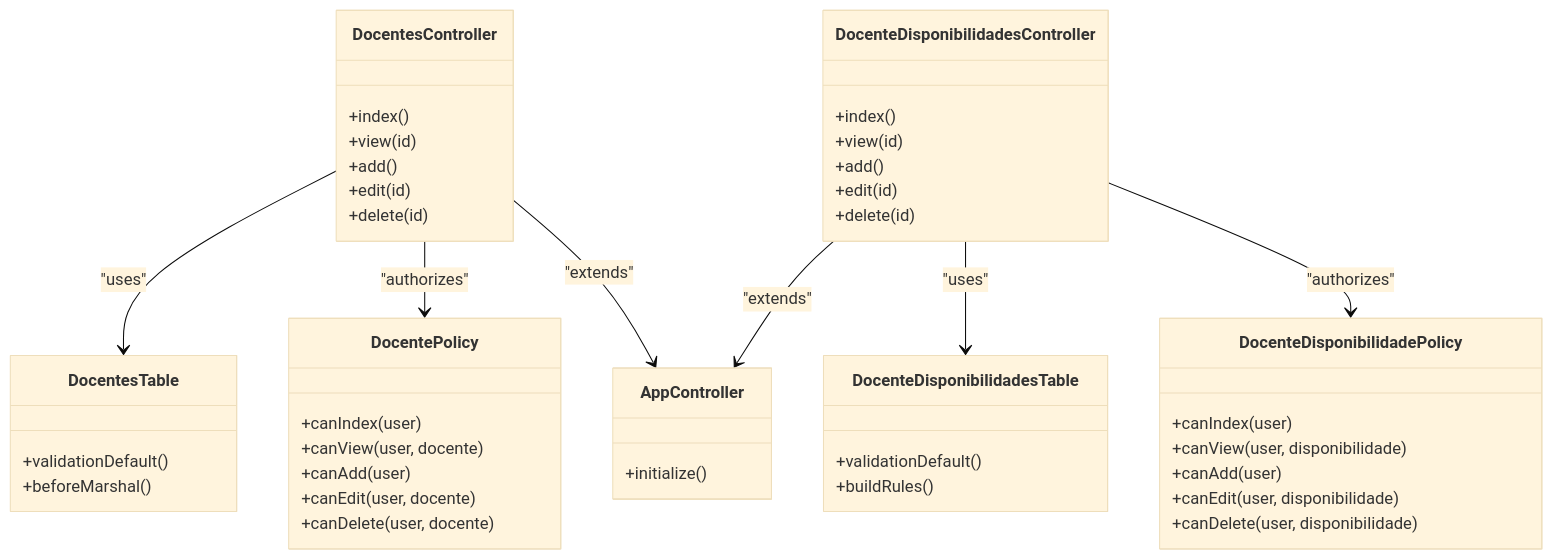
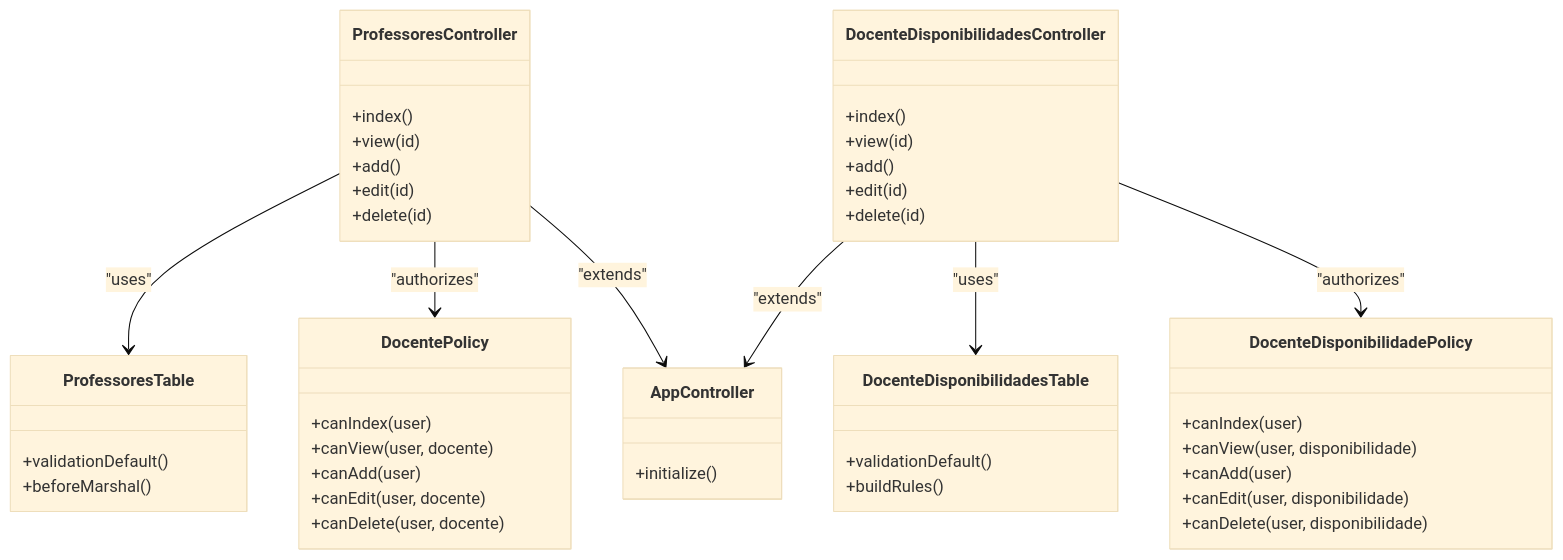
The fifth of 5 diagrams in .qoder/repowiki/en/content/API Reference/Faculty Management API.md (luiseduacosta/planejamento5), drawn with Mermaid (base theme) before and after one commit. The commit also changed other lines of this file and 37 other files, not shown here.

Commit message:
repowiki: rename Docentes → Professores in metadata

````diff
--- a/.qoder/repowiki/en/content/API Reference/Faculty Management API.md
+++ b/.qoder/repowiki/en/content/API Reference/Faculty Management API.md
@@ -392,48 +392,48 @@
 ```mermaid
 classDiagram
-class DocentesController {
+class ProfessoresController {
 +index()
 +view(id)
 +add()
 +edit(id)
 +delete(id)
 }
 class DocenteDisponibilidadesController {
 +index()
 +view(id)
 +add()
 +edit(id)
 +delete(id)
 }
-class DocentesTable {
+class ProfessoresTable {
 +validationDefault()
 +beforeMarshal()
 }
 class DocenteDisponibilidadesTable {
 +validationDefault()
 +buildRules()
 }
 class DocentePolicy {
 +canIndex(user)
 +canView(user, docente)
 +canAdd(user)
 +canEdit(user, docente)
 +canDelete(user, docente)
 }
 class DocenteDisponibilidadePolicy {
 +canIndex(user)
 +canView(user, disponibilidade)
 +canAdd(user)
 +canEdit(user, disponibilidade)
 +canDelete(user, disponibilidade)
 }
 class AppController {
 +initialize()
 }
-DocentesController --> DocentesTable : "uses"
+ProfessoresController --> ProfessoresTable : "uses"
 DocenteDisponibilidadesController --> DocenteDisponibilidadesTable : "uses"
-DocentesController --> DocentePolicy : "authorizes"
+ProfessoresController --> DocentePolicy : "authorizes"
 DocenteDisponibilidadesController --> DocenteDisponibilidadePolicy : "authorizes"
-DocentesController --> AppController : "extends"
+ProfessoresController --> AppController : "extends"
 DocenteDisponibilidadesController --> AppController : "extends"
 ```
````
